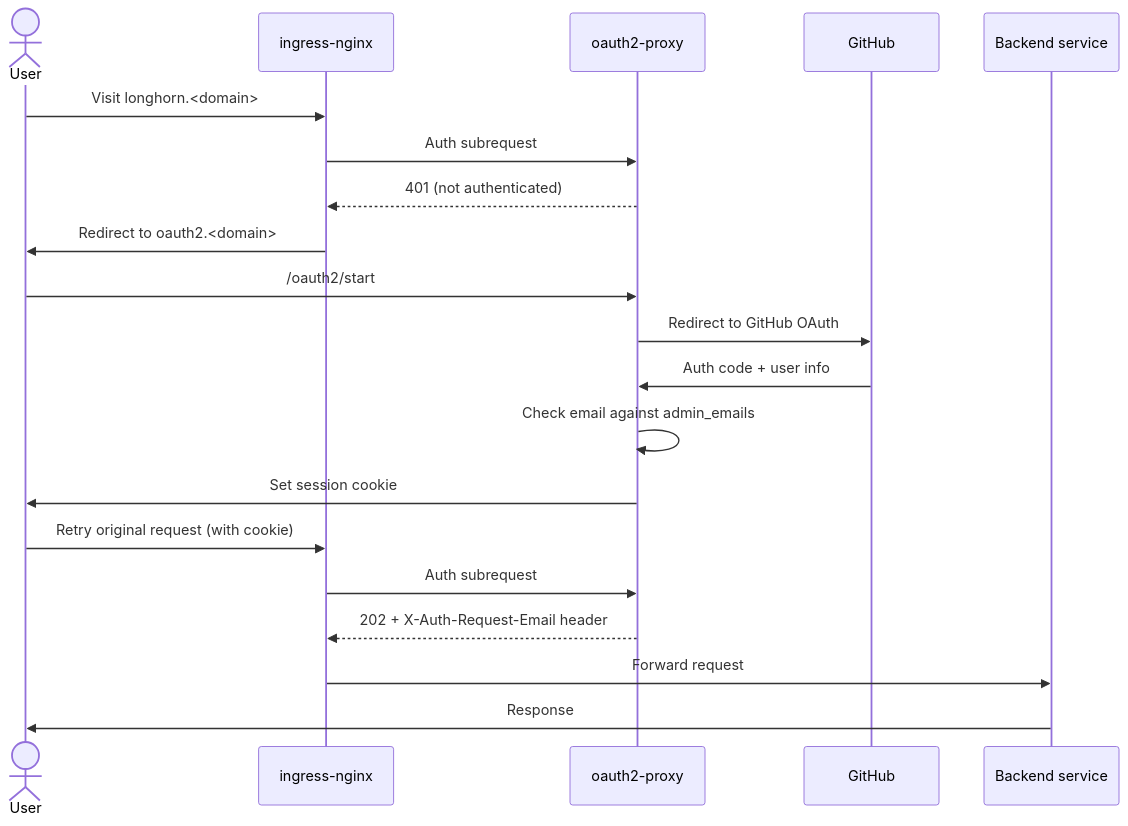
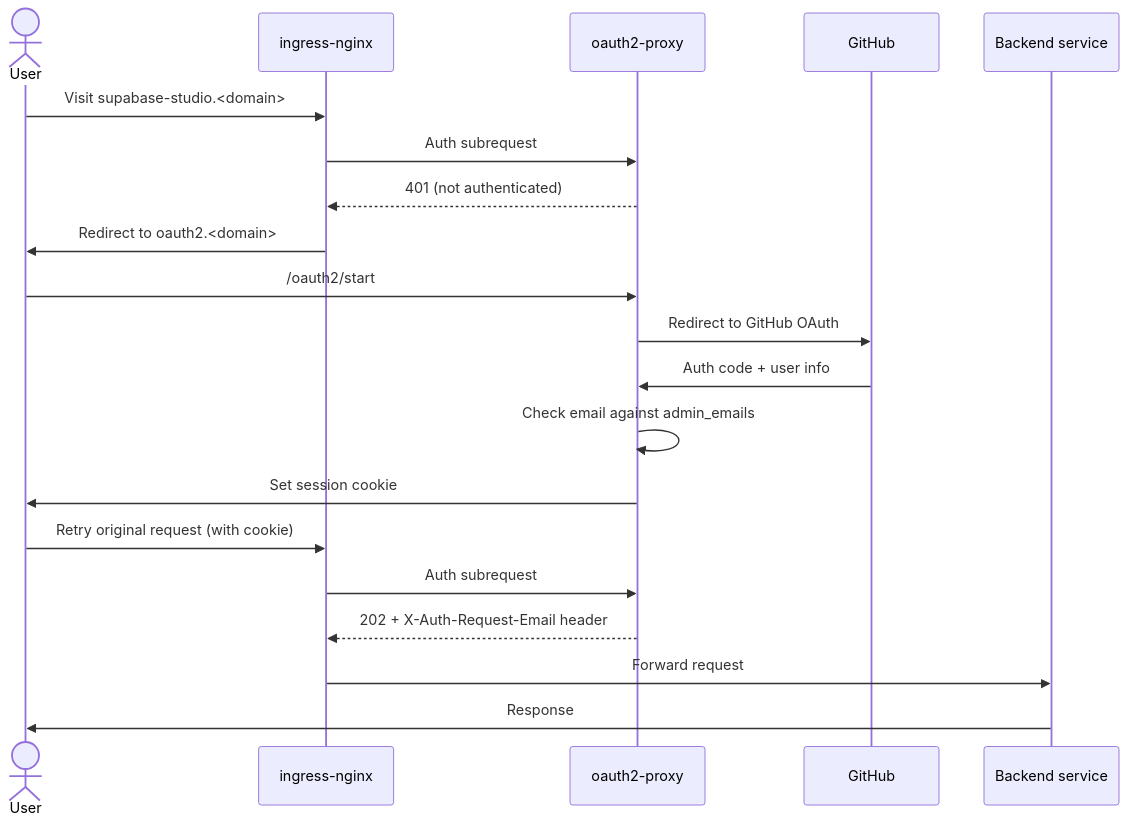
Before and after one commit to gilesknap/tpi-k3s-ansible: the fifth of 6 diagrams in docs/explanations/authentication.md, drawn with Mermaid. The commit also changed other lines of this file and 22 other files, not shown here.

````diff
--- a/docs/explanations/authentication.md
+++ b/docs/explanations/authentication.md
@@ -205,23 +204,23 @@
 ```{mermaid}
 sequenceDiagram
     actor User
     participant NGINX as ingress-nginx
     participant OAP as oauth2-proxy
     participant GitHub
     participant Svc as Backend service
 
-    User->>NGINX: Visit longhorn.<domain>
+    User->>NGINX: Visit supabase-studio.<domain>
     NGINX->>OAP: Auth subrequest
     OAP-->>NGINX: 401 (not authenticated)
     NGINX->>User: Redirect to oauth2.<domain>
     User->>OAP: /oauth2/start
     OAP->>GitHub: Redirect to GitHub OAuth
     GitHub->>OAP: Auth code + user info
     OAP->>OAP: Check email against admin_emails
     OAP->>User: Set session cookie
     User->>NGINX: Retry original request (with cookie)
     NGINX->>OAP: Auth subrequest
     OAP-->>NGINX: 202 + X-Auth-Request-Email header
     NGINX->>Svc: Forward request
     Svc->>User: Response
 ```
````
